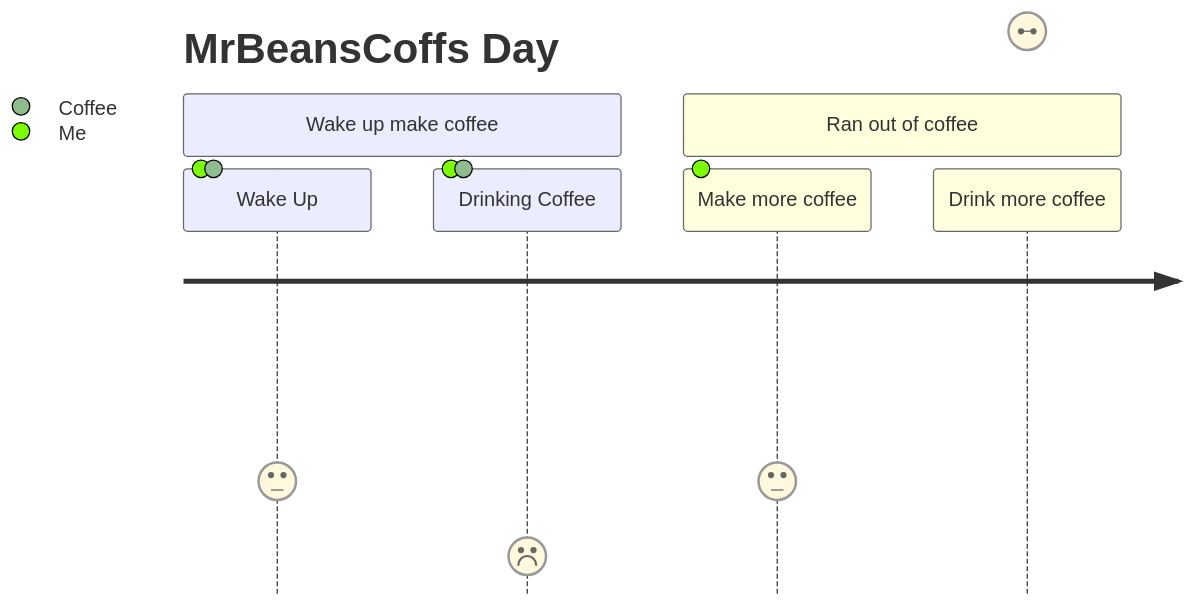
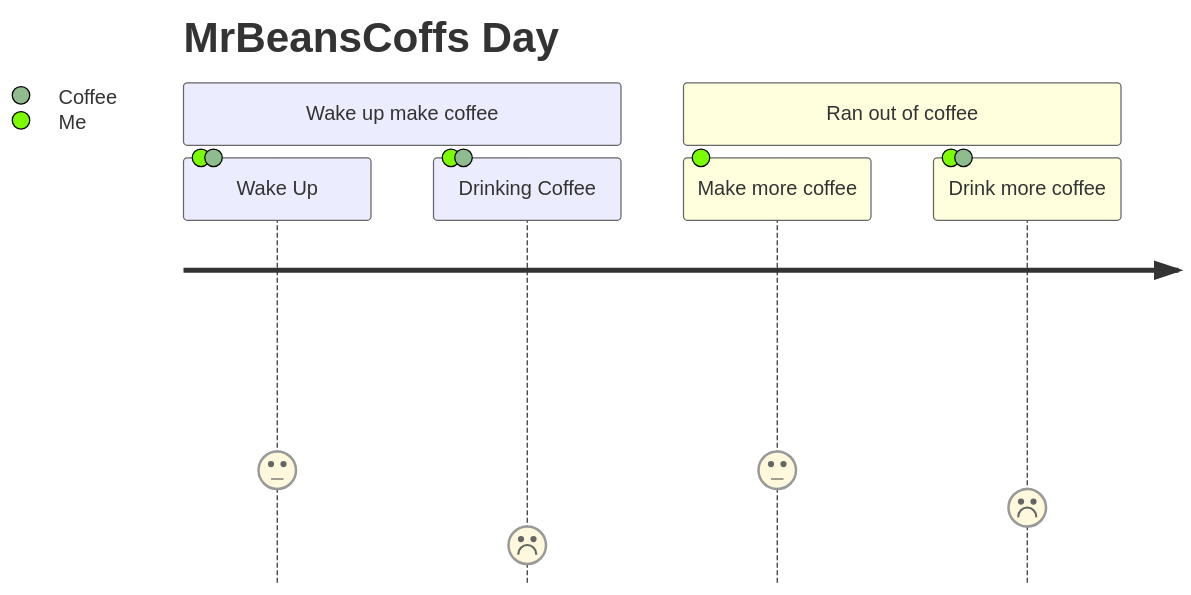
Before and after one commit to MrBeansCoff/MrBeansCoff: the diagram in README.md, drawn with Mermaid.

````diff
--- a/README.md
+++ b/README.md
@@ -137,12 +137,12 @@
 ```mermaid
  journey
    title MrBeansCoffs Day
 
    section Wake up make coffee
       Wake Up: 3: Me, Coffee
       Drinking Coffee: 1: Me, Coffee
 
    section Ran out of coffee
    Make more coffee: 3: Me
-   Drink more coffee: 2 Me, Coffee
+   Drink more coffee: 2: Me, Coffee
 ```
````
